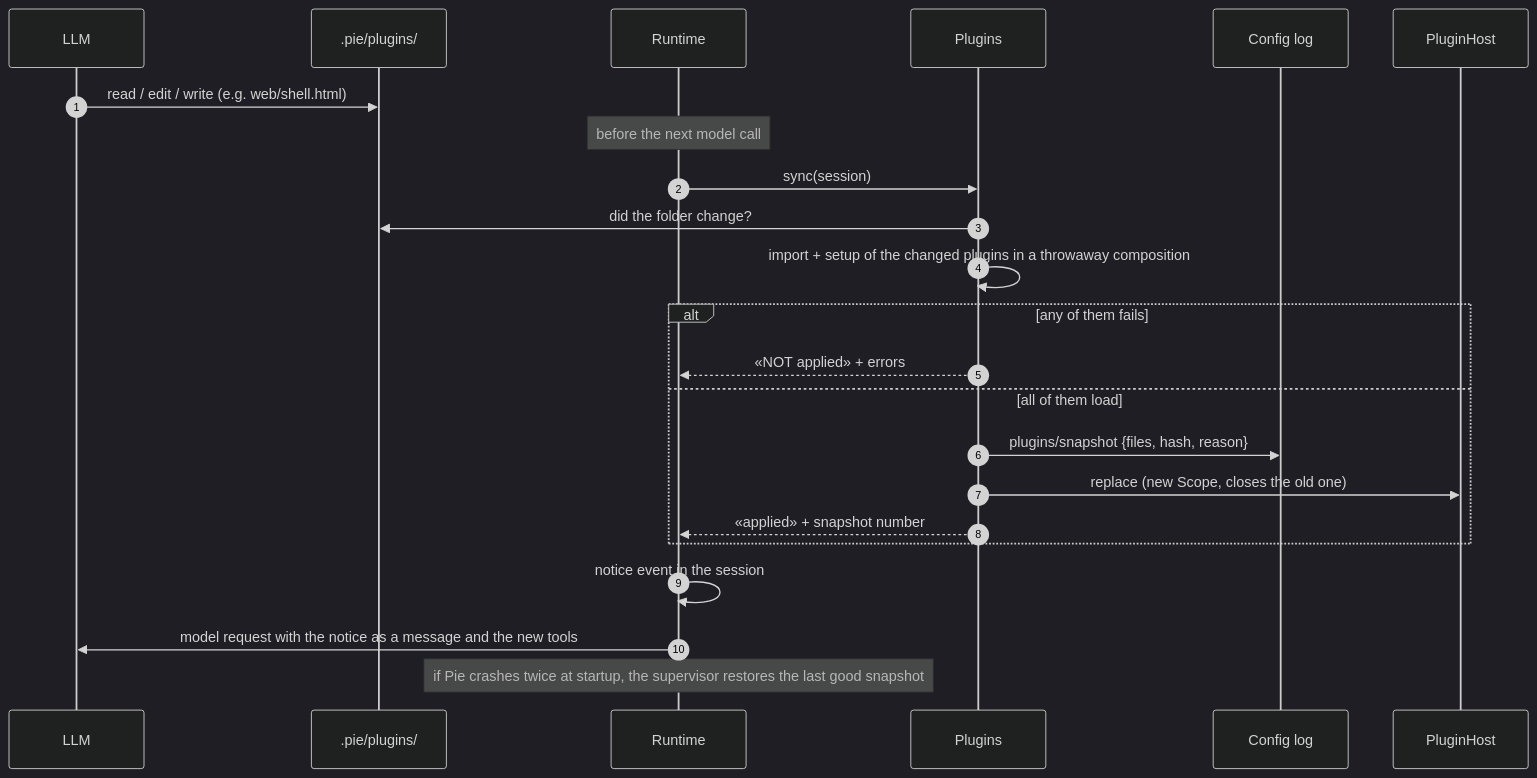
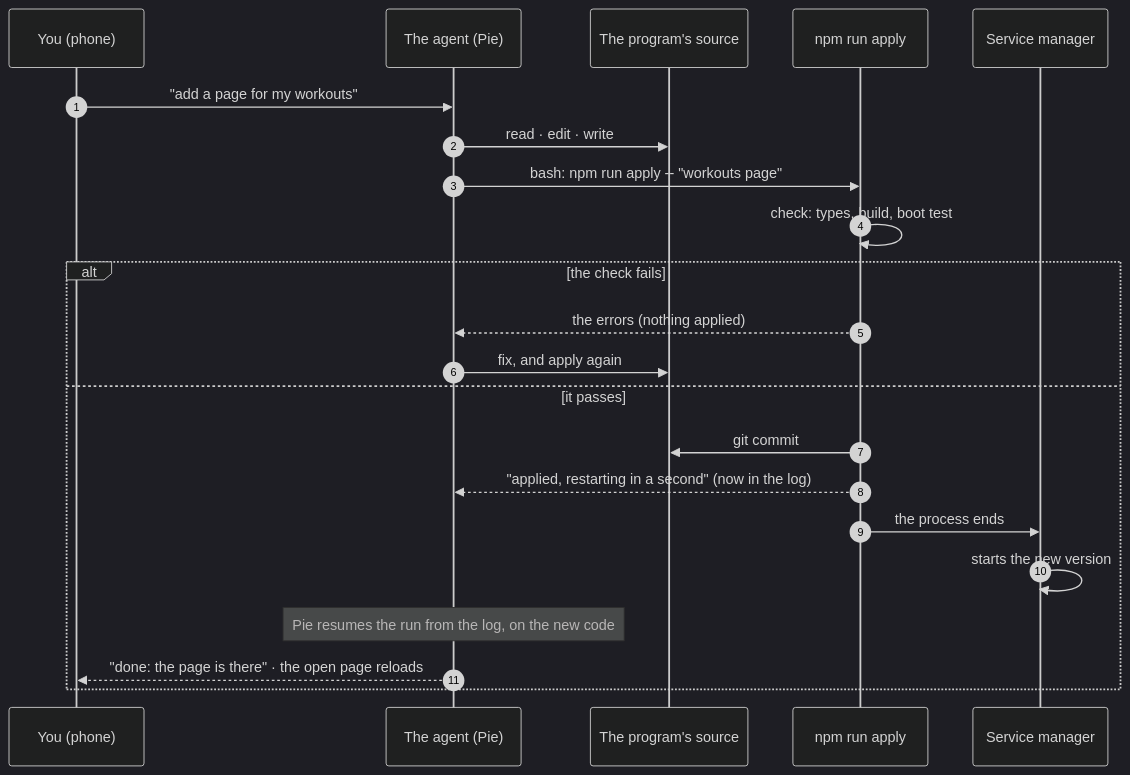
Before and after one commit to JavierDeDiegoGuzman/pie: the diagram in packages/sdk/docs/diagrams/self-modification.mmd, drawn with Mermaid (dark theme). The commit also changed 110 other files, not shown here.

```diff
--- a/packages/sdk/docs/diagrams/self-modification.mmd
+++ b/packages/sdk/docs/diagrams/self-modification.mmd
@@ -1,23 +1,22 @@
 sequenceDiagram
   autonumber
-  participant M as LLM
-  participant F as .pie/plugins/
-  participant R as Runtime
-  participant P as Plugins
-  participant C as Config log
-  participant H as PluginHost
-  M->>F: read / edit / write (e.g. web/shell.html)
-  Note over R: before the next model call
-  R->>P: sync(session)
-  P->>F: did the folder change?
-  P->>P: import + setup of the changed plugins in a throwaway composition
-  alt any of them fails
-    P-->>R: «NOT applied» + errors
-  else all of them load
-    P->>C: plugins/snapshot {files, hash, reason}
-    P->>H: replace (new Scope, closes the old one)
-    P-->>R: «applied» + snapshot number
+  participant U as You (phone)
+  participant A as The agent (Pie)
+  participant F as The program's source
+  participant S as npm run apply
+  participant M as Service manager
+  U->>A: "add a page for my workouts"
+  A->>F: read · edit · write
+  A->>S: bash: npm run apply -- "workouts page"
+  S->>S: check: types, build, boot test
+  alt the check fails
+    S-->>A: the errors (nothing applied)
+    A->>F: fix, and apply again
+  else it passes
+    S->>F: git commit
+    S-->>A: "applied, restarting in a second" (now in the log)
+    S->>M: the process ends
+    M->>M: starts the new version
+    Note over A: Pie resumes the run from the log, on the new code
+    A-->>U: "done: the page is there" · the open page reloads
   end
-  R->>R: notice event in the session
-  R->>M: model request with the notice as a message and the new tools
-  Note over R: if Pie crashes twice at startup, the supervisor restores the last good snapshot
```
